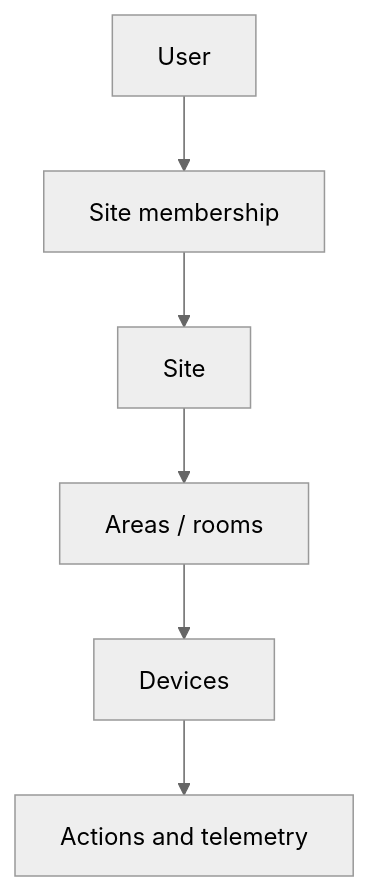
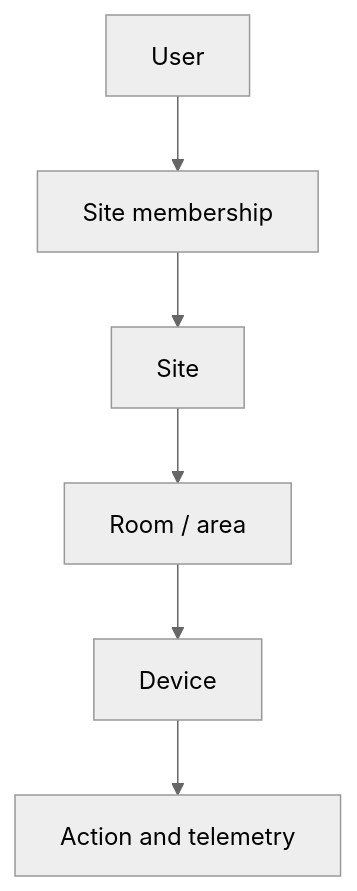
The first of 3 diagrams in frontend/content/projects/sensio-iot.md (farismnrr/portofolio), drawn with Mermaid (neutral theme) before and after one commit. The commit also changed other lines of this file and 6 other files, not shown here.

````diff
--- a/frontend/content/projects/sensio-iot.md
+++ b/frontend/content/projects/sensio-iot.md
@@ -65,8 +50,8 @@
 ```mermaid
 flowchart TD
     U[User] --> M[Site membership]
     M --> S[Site]
-    S --> A[Areas / rooms]
-    A --> D[Devices]
-    D --> X[Actions and telemetry]
+    S --> R[Room / area]
+    R --> D[Device]
+    D --> A[Action and telemetry]
 ```
````
